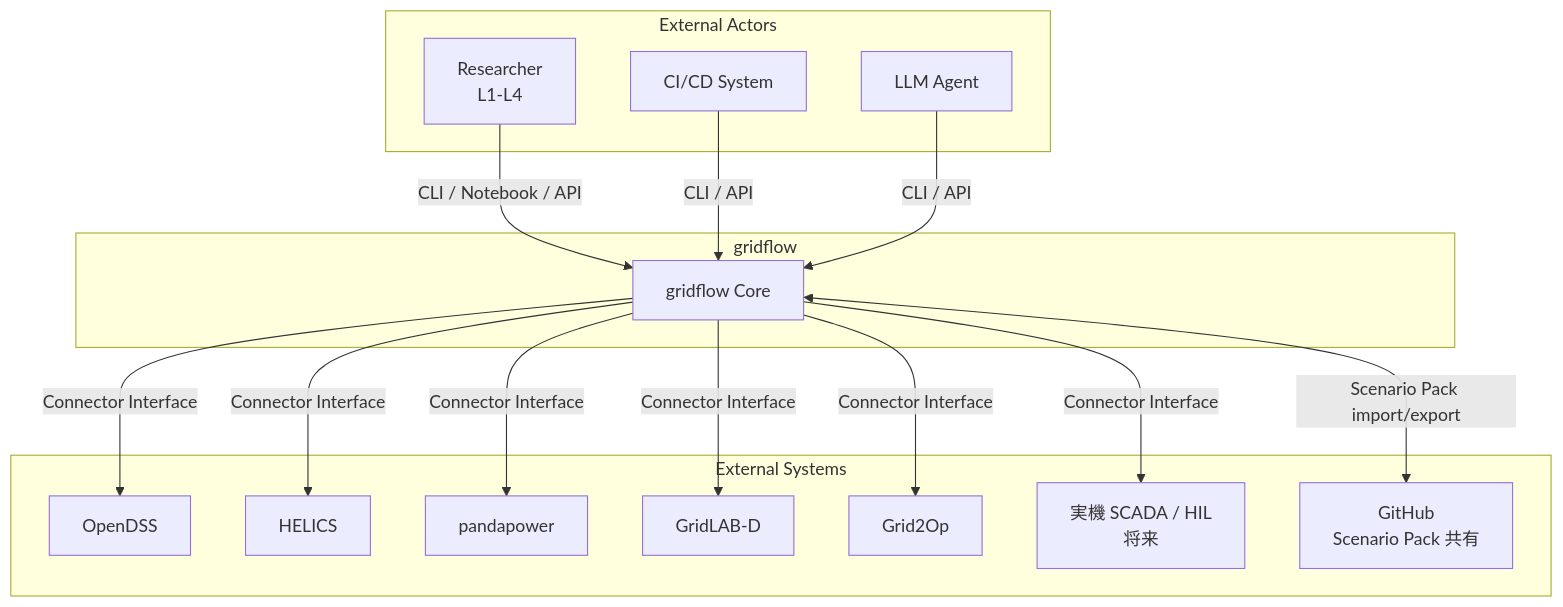
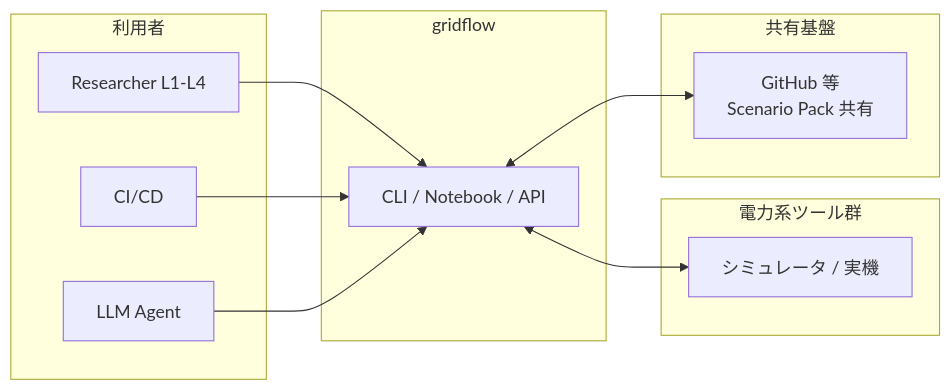
Before and after one commit to bottlenome/gridflow: the first of 2 diagrams in docs/architecture/03_static_view.md, drawn with Mermaid. The commit also changed other lines of this file, not shown here.

First line of the commit message:
docs: Round 2 revision — rewrite 3.1.1 and add 3.1.2 conceptual architecture

````diff
--- a/docs/architecture/03_static_view.md
+++ b/docs/architecture/03_static_view.md
@@ -9,35 +9,26 @@
 ```mermaid
-graph TB
-    subgraph External Actors
-        R[Researcher<br>L1-L4]
-        CI[CI/CD System]
+graph LR
+    subgraph "利用者"
+        R[Researcher L1-L4]
+        CI[CI/CD]
         LLM[LLM Agent]
     end
 
-    subgraph "External Systems"
-        SIM1[OpenDSS]
-        SIM2[HELICS]
-        SIM3[pandapower]
-        SIM4[GridLAB-D]
-        SIM5[Grid2Op]
-        REAL[実機 SCADA / HIL<br>将来]
-        GH[GitHub<br>Scenario Pack 共有]
+    subgraph "gridflow"
+        GF["CLI / Notebook / API"]
     end
 
-    subgraph "gridflow"
-        GF[gridflow Core]
+    subgraph "電力系ツール群"
+        T["シミュレータ / 実機"]
     end
 
-    R -->|CLI / Notebook / API| GF
-    CI -->|CLI / API| GF
-    LLM -->|CLI / API| GF
+    subgraph "共有基盤"
+        GH["GitHub 等<br>Scenario Pack 共有"]
+    end
 
-    GF -->|Connector Interface| SIM1
-    GF -->|Connector Interface| SIM2
-    GF -->|Connector Interface| SIM3
-    GF -->|Connector Interface| SIM4
-    GF -->|Connector Interface| SIM5
-    GF -->|Connector Interface| REAL
-
-    GF <-->|Scenario Pack import/export| GH
+    R --> GF
+    CI --> GF
+    LLM --> GF
+    GF <--> T
+    GF <--> GH
 ```
````
